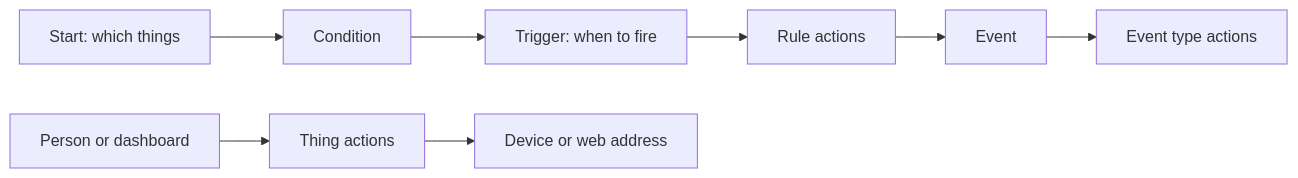
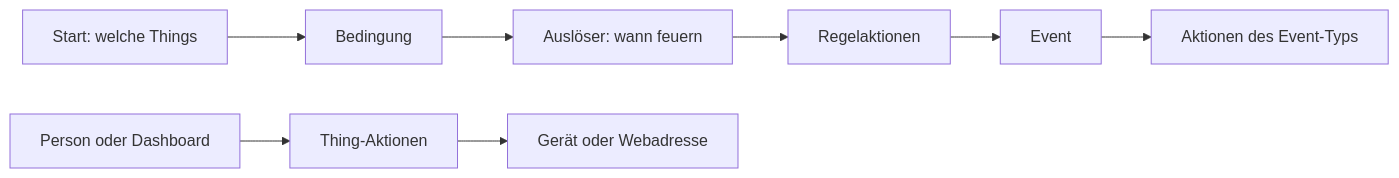
Before and after one commit to nimbit-platform/nimbit-docs: the diagram in i18n/de/docusaurus-plugin-content-docs/current/automate/rules-actions-reports.mdx, drawn with Mermaid. The commit also changed other lines of this file and 135 other files, not shown here.

````diff
--- a/i18n/de/docusaurus-plugin-content-docs/current/automate/rules-actions-reports.mdx
+++ b/i18n/de/docusaurus-plugin-content-docs/current/automate/rules-actions-reports.mdx
@@ -13,10 +13,10 @@
 ```mermaid
 flowchart LR
-  S[Start: which things] --> C[Condition]
-  C --> T[Trigger: when to fire]
-  T --> A[Rule actions]
+  S[Start: welche Things] --> C[Bedingung]
+  C --> T[Auslöser: wann feuern]
+  T --> A[Regelaktionen]
   A --> E[Event]
-  E --> EA[Event type actions]
-  P[Person or dashboard] --> TA[Thing actions]
-  TA --> D[Device or web address]
+  E --> EA[Aktionen des Event-Typs]
+  P[Person oder Dashboard] --> TA[Thing-Aktionen]
+  TA --> D[Gerät oder Webadresse]
 ```
````
